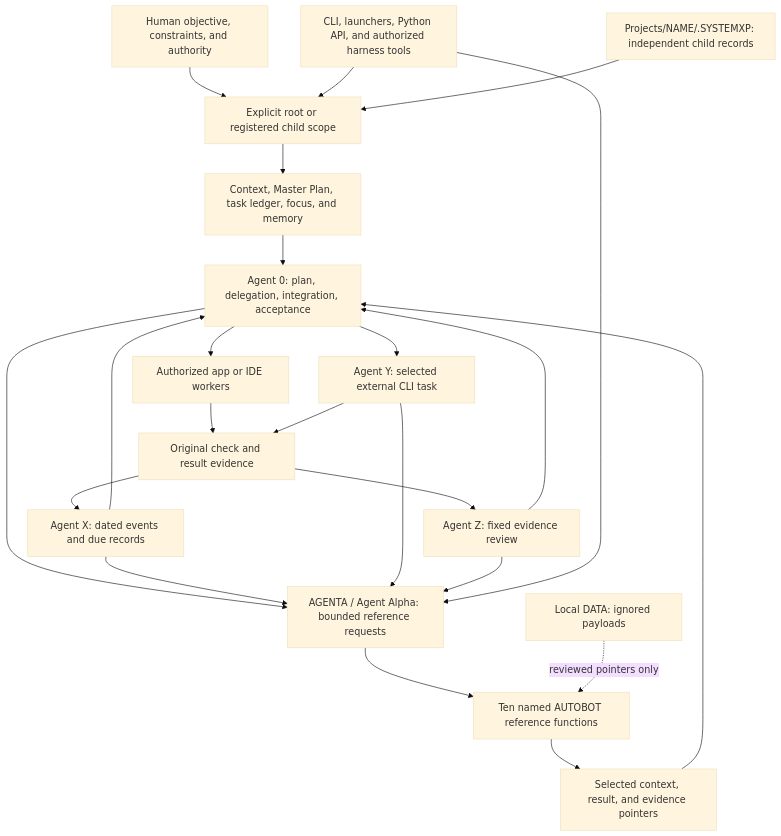
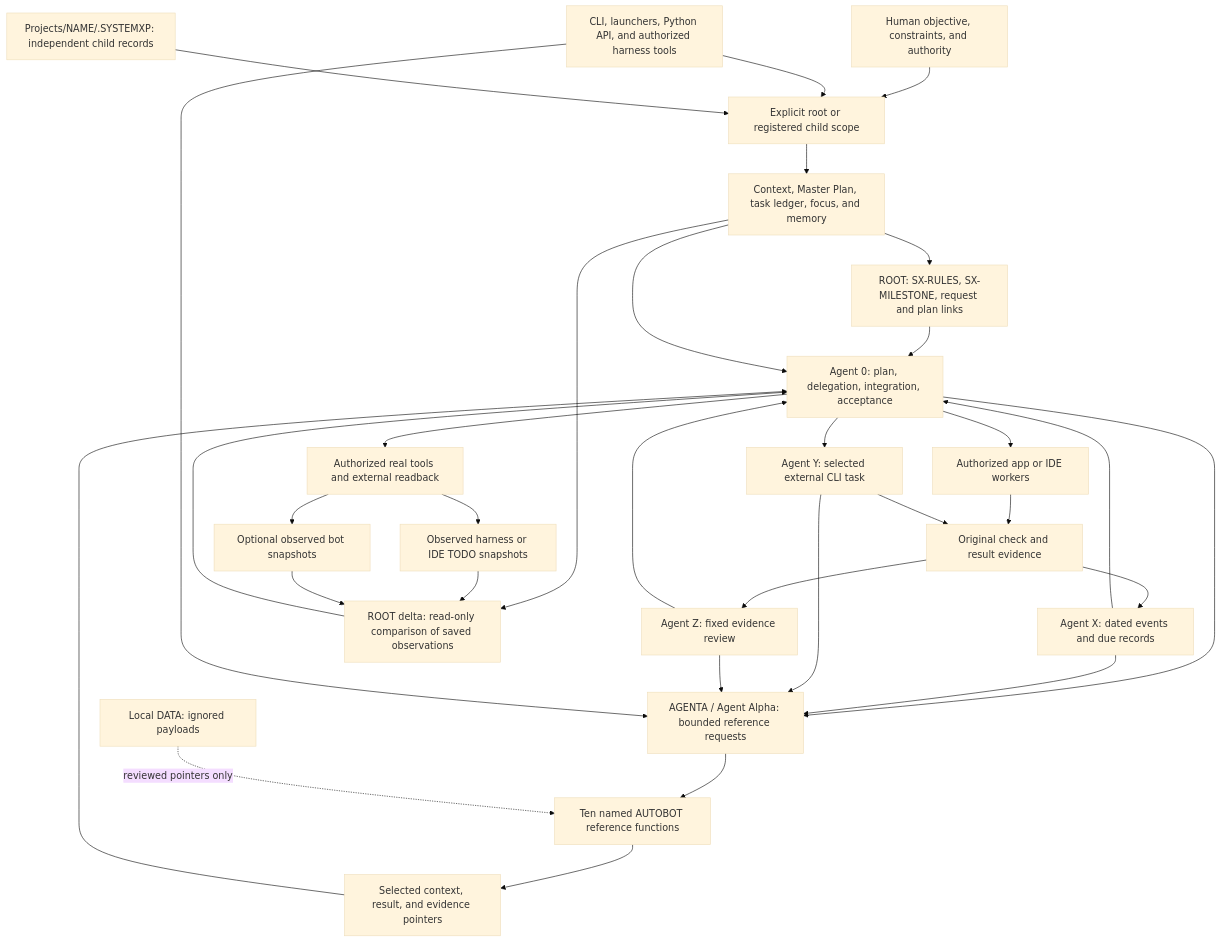
One commit to WayneTechLab/dotSYSTEMX changed the diagram in .SYSTEMX/MEDIA/Reference/systemx-field-guide.md. Above: the diagram before and after it, drawn with Mermaid (base theme). The commit also changed other lines of this file and 24 other files, not shown here.

````diff
--- a/.SYSTEMX/MEDIA/Reference/systemx-field-guide.md
+++ b/.SYSTEMX/MEDIA/Reference/systemx-field-guide.md
@@ -48,25 +58,34 @@
 ```mermaid
 flowchart TB
   H[Human objective, constraints, and authority] --> S[Explicit root or registered child scope]
   T[CLI, launchers, Python API, and authorized harness tools] --> S
   S --> C[Context, Master Plan, task ledger, focus, and memory]
+  C --> RP[ROOT: SX-RULES, SX-MILESTONE, request and plan links]
+  RP --> A0
   C --> A0[Agent 0: plan, delegation, integration, acceptance]
   A0 --> W[Authorized app or IDE workers]
   A0 --> Y[Agent Y: selected external CLI task]
   W --> E[Original check and result evidence]
   Y --> E
   E --> X[Agent X: dated events and due records]
   E --> Z[Agent Z: fixed evidence review]
   Z --> A0
   X --> A0
   A0 --> A[AGENTA / Agent Alpha: bounded reference requests]
   X --> A
   Y --> A
   Z --> A
   T --> A
   A --> B[Ten named AUTOBOT reference functions]
   B --> R[Selected context, result, and evidence pointers]
   R --> A0
   D[Local DATA: ignored payloads] -. reviewed pointers only .-> B
   P[Projects/NAME/.SYSTEMXP: independent child records] --> S
+  C --> DLT[ROOT delta: read-only comparison of saved observations]
+  HP[Observed harness or IDE TODO snapshots] --> DLT
+  BP[Optional observed bot snapshots] --> DLT
+  DLT --> A0
+  A0 --> RT[Authorized real tools and external readback]
+  RT --> HP
+  RT --> BP
 ```
````
